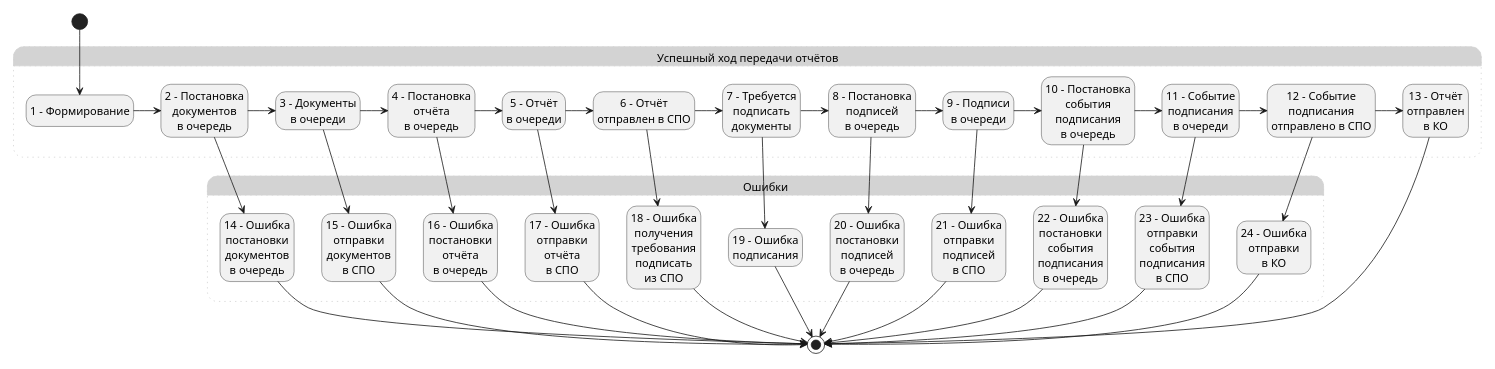
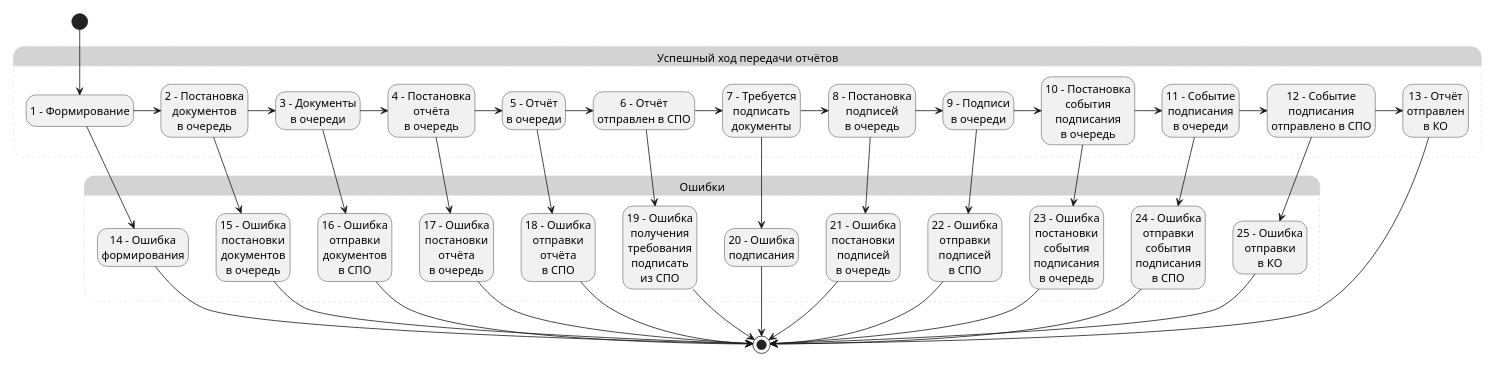
The diagram in udo_plojd_statuses_out.puml (citpb/platform-astral-schemes), drawn with PlantUML before and after one commit.

Commit message:
Update udo_plojd_statuses_out.puml
Добавлен статус Ошибка формирования.

```diff
--- a/udo_plojd_statuses_out.puml
+++ b/udo_plojd_statuses_out.puml
@@ -1,85 +1,88 @@
 @startuml
 scale 100 width
 scale 260 height
 
 hide empty description
 state "Успешный ход передачи отчётов" as Saccess #LightGray;line.dotted;line:LightGray {
     state "1 – Формирование" as State1
     state "2 - Постановка\nдокументов\nв очередь" as State2
     state "3 - Документы\nв очереди" as State3
     state "4 - Постановка\nотчёта\nв очередь" as State4
     state "5 - Отчёт\nв очереди" as State5
     state "6 - Отчёт\nотправлен в СПО" as State6
     state "7 - Требуется\nподписать\nдокументы" as State7
     state "8 - Постановка\nподписей\nв очередь" as State8
     state "9 - Подписи\nв очереди" as State9
     state "10 - Постановка\nсобытия\nподписания\nв очередь" as State10
     state "11 - Событие\nподписания\nв очереди" as State11
     state "12 - Событие\nподписания\nотправлено в СПО" as State12  
     state "13 - Отчёт\nотправлен\nв КО" as State13
 }
 state "Ошибки" as Errors #LightGray;line.dotted;line:LightGray {
-    state "14 - Ошибка\nпостановки\nдокументов\nв очередь" as State14
-    state "15 - Ошибка\nотправки\nдокументов\nв СПО" as State15
-    state "16 - Ошибка\nпостановки\nотчёта\nв очередь" as State16
-    state "17 - Ошибка\nотправки\nотчёта\nв СПО" as State17
-    state "18 - Ошибка\nполучения\nтребования\nподписать\nиз СПО" as State18
-    state "19 - Ошибка\nподписания" as State19
-    state "20 - Ошибка\nпостановки\nподписей\nв очередь" as State20
-    state "21 - Ошибка\nотправки\nподписей\nв СПО" as State21
-    state "22 - Ошибка\nпостановки\nсобытия\nподписания\nв очередь" as State22
-    state "23 - Ошибка\nотправки\nсобытия\nподписания\nв СПО" as State23
-    state "24 - Ошибка\nотправки\nв КО" as State24
+    state "14 - Ошибка\nформирования" as State14
+    state "15 - Ошибка\nпостановки\nдокументов\nв очередь" as State15
+    state "16 - Ошибка\nотправки\nдокументов\nв СПО" as State16
+    state "17 - Ошибка\nпостановки\nотчёта\nв очередь" as State17
+    state "18 - Ошибка\nотправки\nотчёта\nв СПО" as State18
+    state "19 - Ошибка\nполучения\nтребования\nподписать\nиз СПО" as State19
+    state "20 - Ошибка\nподписания" as State20
+    state "21 - Ошибка\nпостановки\nподписей\nв очередь" as State21
+    state "22 - Ошибка\nотправки\nподписей\nв СПО" as State22
+    state "23 - Ошибка\nпостановки\nсобытия\nподписания\nв очередь" as State23
+    state "24 - Ошибка\nотправки\nсобытия\nподписания\nв СПО" as State24
+    state "25 - Ошибка\nотправки\nв КО" as State25
 }
 
 [*] --> State1
 State1 -> State2
+State1 --> State14
 
 State2 -> State3
-State2 --> State14
+State2 --> State15
 
 State3 -> State4
-State3 --> State15
+State3 --> State16
 
 State4 -> State5
-State4 --> State16
+State4 --> State17
 
 State5 -> State6
-State5 --> State17
+State5 --> State18
 
 State6 -> State7
-State6 --> State18
+State6 --> State19
 
 State7 -> State8
-State7 --> State19
+State7 --> State20
 
 State8 -> State9
-State8 --> State20
+State8 --> State21
 
 State9 -> State10
-State9 --> State21
+State9 --> State22
 
 State10 -> State11
-State10 --> State22
+State10 --> State23
 
 State11 -> State12
-State11 --> State23
+State11 --> State24
 
 State12 -> State13
-State12 --> State24
+State12 --> State25
 
 State14  --> [*]
 State15  --> [*]
 State16 --> [*]
 State17 --> [*]
 State18 --> [*]
 State19 --> [*]
 State20  --> [*]
 State21  --> [*]
 State22 --> [*]
 State23 --> [*]
 State24 --> [*]
+State25 --> [*]
 
 State13 --> [*]
 
 @enduml
```
